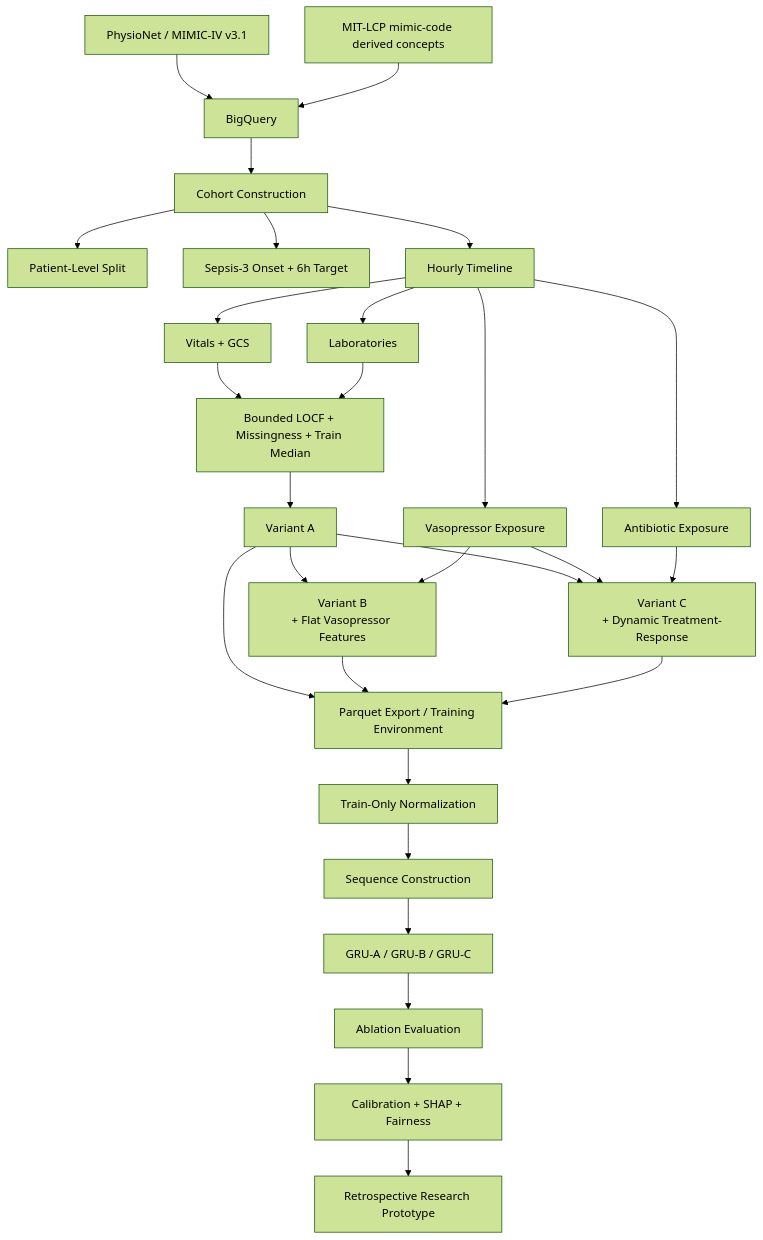
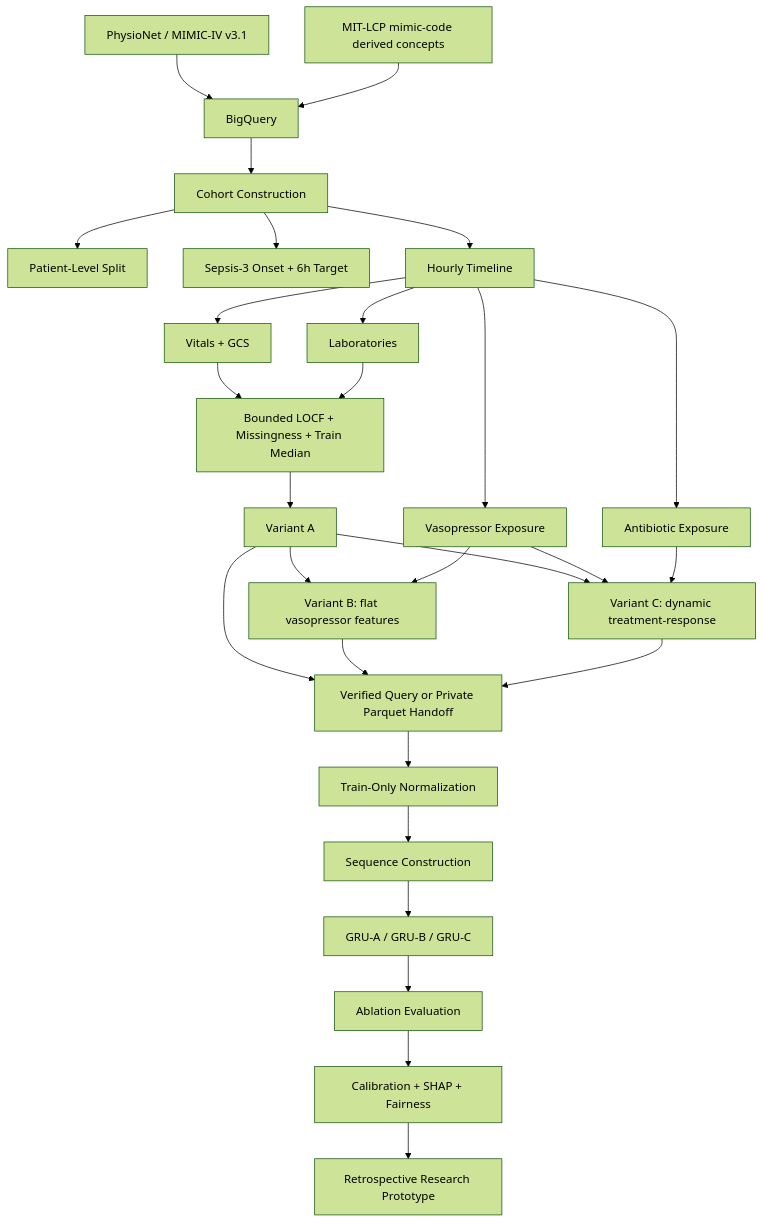
Before and after one commit to ojbanskota-7/sepsis: the second of 4 diagrams in SEPSIS_PROJECT_MASTER_ROADMAP_RENDER_SAFE.md, drawn with Mermaid (forest theme). The commit also changed other lines of this file and 1 other file, not shown here.

````diff
--- a/SEPSIS_PROJECT_MASTER_ROADMAP_RENDER_SAFE.md
+++ b/SEPSIS_PROJECT_MASTER_ROADMAP_RENDER_SAFE.md
@@ -322,37 +336,37 @@
 ```mermaid
 flowchart TD
     P["PhysioNet / MIMIC-IV v3.1"] --> BQ["BigQuery"]
     MC["MIT-LCP mimic-code derived concepts"] --> BQ
 
     BQ --> COHORT["Cohort Construction"]
     COHORT --> SPLIT["Patient-Level Split"]
     COHORT --> LABEL["Sepsis-3 Onset + 6h Target"]
     COHORT --> TL["Hourly Timeline"]
 
     TL --> VITALS["Vitals + GCS"]
     TL --> LABS["Laboratories"]
     TL --> VASO["Vasopressor Exposure"]
     TL --> ABX["Antibiotic Exposure"]
 
     VITALS --> PREP["Bounded LOCF + Missingness + Train Median"]
     LABS --> PREP
 
     PREP --> A["Variant A"]
-    A --> B["Variant B<br/>+ Flat Vasopressor Features"]
-    A --> C["Variant C<br/>+ Dynamic Treatment-Response"]
+    A --> B["Variant B: flat vasopressor features"]
+    A --> C["Variant C: dynamic treatment-response"]
 
     VASO --> B
     VASO --> C
     ABX --> C
 
-    A --> EXPORT["Parquet Export / Training Environment"]
+    A --> EXPORT["Verified Query or Private Parquet Handoff"]
     B --> EXPORT
     C --> EXPORT
 
     EXPORT --> NORM["Train-Only Normalization"]
     NORM --> SEQ["Sequence Construction"]
     SEQ --> TRAIN["GRU-A / GRU-B / GRU-C"]
     TRAIN --> EVAL["Ablation Evaluation"]
     EVAL --> RAI["Calibration + SHAP + Fairness"]
     RAI --> SYS["Retrospective Research Prototype"]
 ```
````
